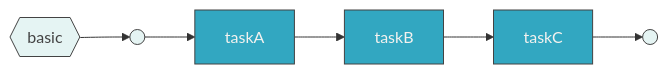
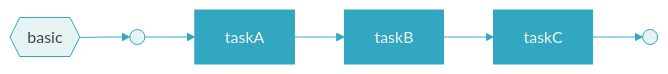
Before and after one commit to bhardwajRahul/fabric: the diagram in verify/basicflow/BASIC.mmd, drawn with Mermaid. The commit also changed 171 other files, not shown here.

```diff
--- a/verify/basicflow/BASIC.mmd
+++ b/verify/basicflow/BASIC.mmd
@@ -1,10 +1,14 @@
+%%{init: {'themeVariables': {'lineColor': '#32a7c1', 'edgeLabelBackground': '#e5f4f3', 'textColor': '#434343', 'titleColor': '#32a7c1', 'clusterTextColor': '#32a7c1'}}}%%
 graph LR
-    classDef task fill:#32a7c1,color:#f4f2ef,stroke:#434343
-    classDef sub fill:#ed2e92,color:#f4f2ef,stroke:#434343
-    classDef term fill:#e5f4f3,color:#434343,stroke:#434343
+    classDef task fill:#32a7c1,color:#f4f2ef,stroke:#32a7c1
+    classDef sub fill:#ed2e92,color:#f4f2ef,stroke:#ed2e92
+    classDef term fill:#e5f4f3,color:#434343,stroke:#32a7c1
 
     _title{{"basic"}}:::term --> _start
-    _start(( )):::term --> t0["taskA"]:::task
-    t0 --> t1["taskB"]:::task
-    t1 --> t2["taskC"]:::task
+    _start(( )):::term --> t0
+    t0["taskA"]:::task
+    t1["taskB"]:::task
+    t2["taskC"]:::task
+    t0 --> t1
+    t1 --> t2
     t2 --> _end(( )):::term
```
